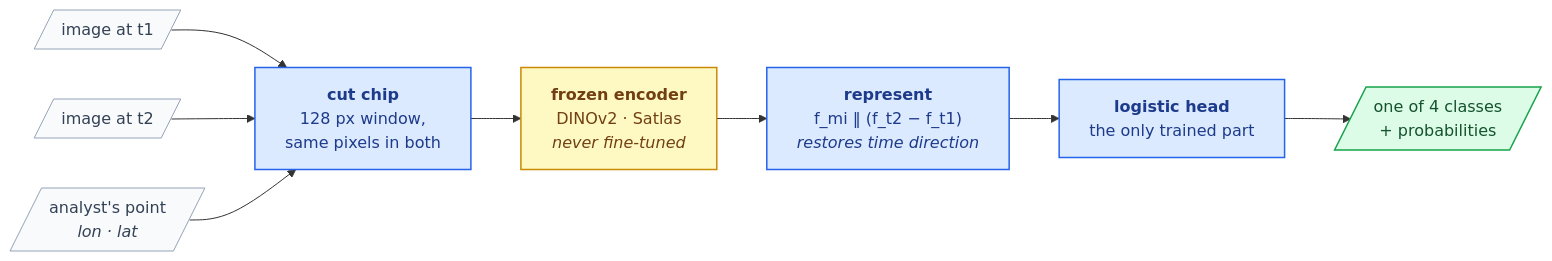
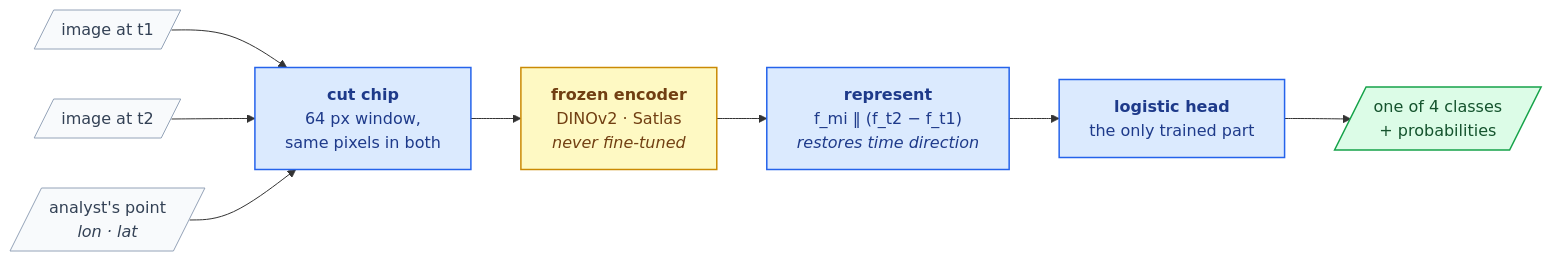
Before and after one commit to whamidou006/heritage-watch-release: the diagram in README.md, drawn with Mermaid. The commit also changed other lines of this file and 13 other files, not shown here.

````diff
--- a/README.md
+++ b/README.md
@@ -21,22 +26,22 @@
 ```mermaid
 flowchart LR
     classDef fn fill:#dbeafe,stroke:#2563eb,color:#1e3a8a,stroke-width:1.5px
     classDef data fill:#f8fafc,stroke:#94a3b8,color:#334155
     classDef out fill:#dcfce7,stroke:#16a34a,color:#14532d,stroke-width:1.5px
     classDef froz fill:#fef9c3,stroke:#ca8a04,color:#713f12,stroke-width:1.5px
 
     T1[/"image at t1"/]:::data
     T2[/"image at t2"/]:::data
     PT[/"analyst's point<br/><i>lon · lat</i>"/]:::data
     OUT[/"one of 4 classes<br/>+ probabilities"/]:::out
 
-    CHIP["<b>cut chip</b><br/>128 px window,<br/>same pixels in both"]:::fn
+    CHIP["<b>cut chip</b><br/>64 px window,<br/>same pixels in both"]:::fn
     ENC["<b>frozen encoder</b><br/>DINOv2 · Satlas<br/><i>never fine-tuned</i>"]:::froz
     REP["<b>represent</b><br/>f_mi ‖ (f_t2 − f_t1)<br/><i>restores time direction</i>"]:::fn
     HEAD["<b>logistic head</b><br/>the only trained part"]:::fn
 
     T1 --> CHIP
     T2 --> CHIP
     PT --> CHIP
     CHIP --> ENC --> REP --> HEAD --> OUT
 ```
````
